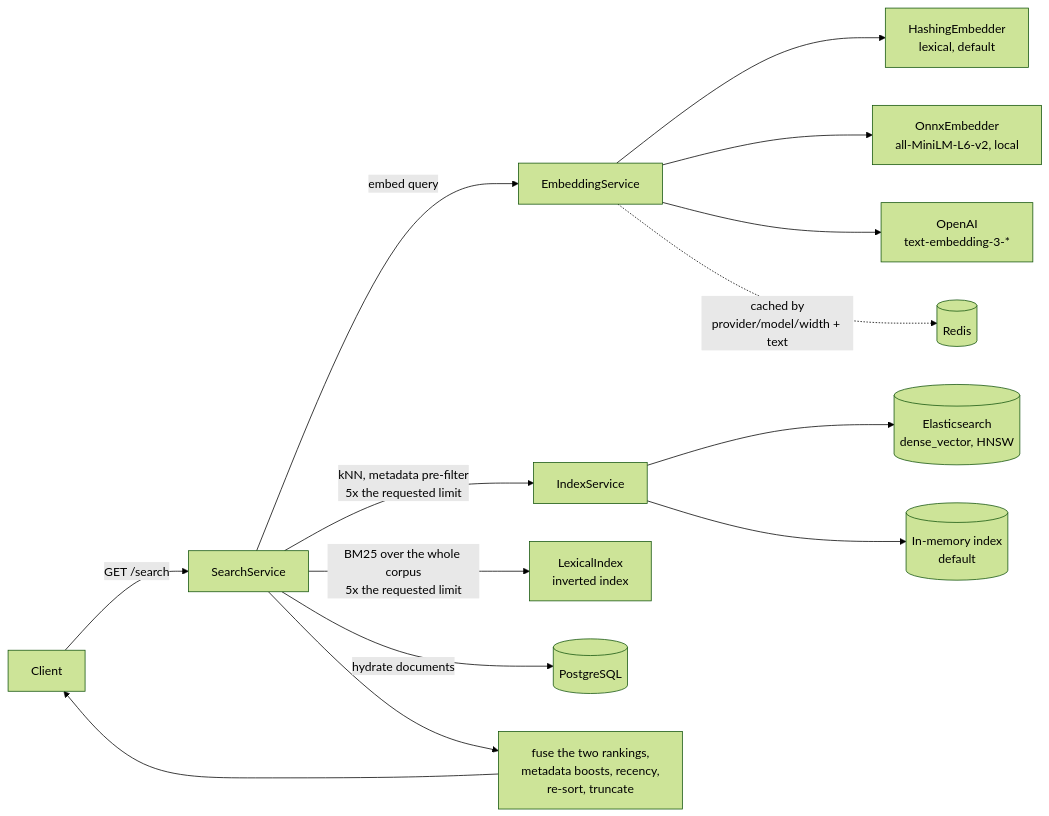
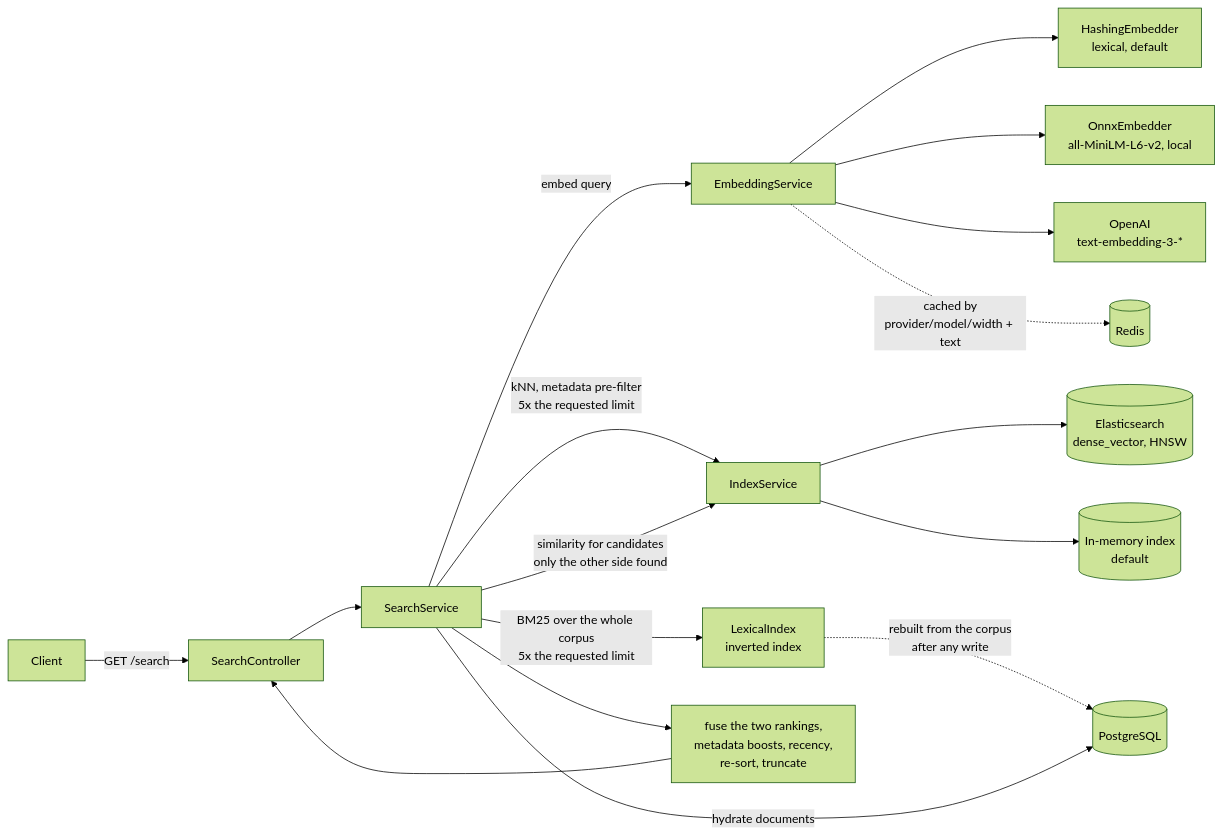
Before and after one commit to QHarshil/SemanticSearch: the diagram in README.md, drawn with Mermaid (forest theme). The commit also changed other lines of this file and 21 other files, not shown here.

````diff
--- a/README.md
+++ b/README.md
@@ -19,16 +19,19 @@
 ```mermaid
 flowchart LR
-    C[Client] -->|GET /search| S[SearchService]
+    C[Client] -->|GET /search| SC[SearchController]
+    SC --> S[SearchService]
     S -->|embed query| EM[EmbeddingService]
     EM --> HE[HashingEmbedder<br/>lexical, default]
     EM --> ON[OnnxEmbedder<br/>all-MiniLM-L6-v2, local]
     EM --> OA[OpenAI<br/>text-embedding-3-*]
     EM -.->|cached by<br/>provider/model/width + text| RD[(Redis)]
     S -->|kNN, metadata pre-filter<br/>5x the requested limit| IX[IndexService]
     IX --> ES[(Elasticsearch<br/>dense_vector, HNSW)]
     IX --> MM[(In-memory index<br/>default)]
     S -->|BM25 over the whole corpus<br/>5x the requested limit| LX[LexicalIndex<br/>inverted index]
-    S -->|hydrate documents| PG[(PostgreSQL)]
+    LX -.->|rebuilt from the corpus<br/>after any write| PG[(PostgreSQL)]
+    S -->|hydrate documents| PG
+    S -->|similarity for candidates<br/>only the other side found| IX
     S --> FU[fuse the two rankings,<br/>metadata boosts, recency,<br/>re-sort, truncate]
-    FU --> C
+    FU --> SC
 ```
````
